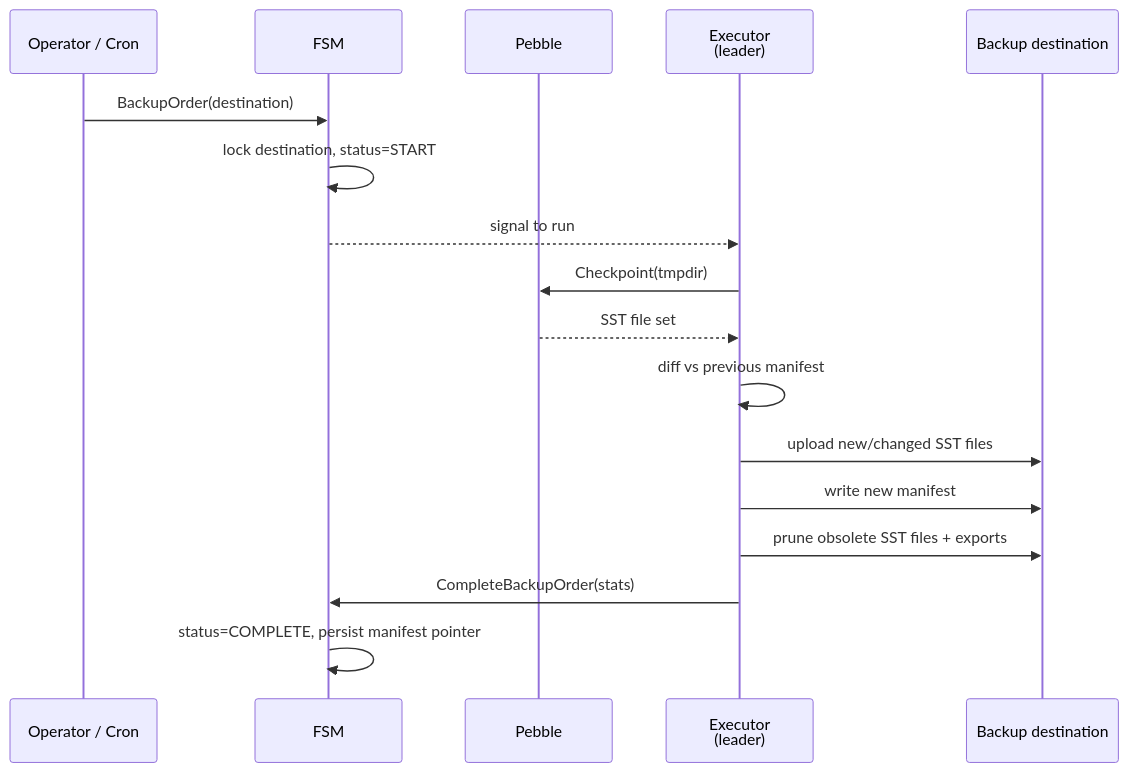
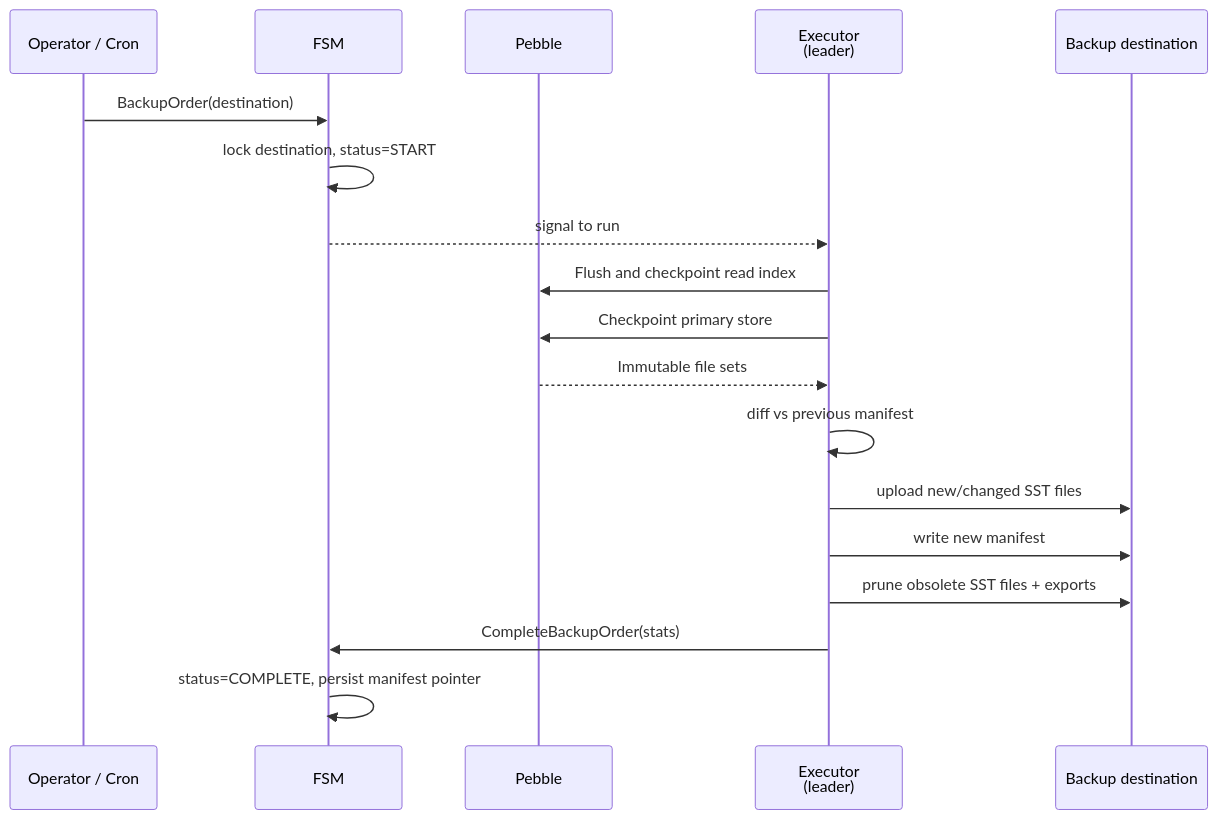
One commit to formancehq/ledger changed the diagram in docs/technical/architecture/subsystems/backup/README.md. Above: the diagram before and after it, drawn with Mermaid. The commit also changed other lines of this file and 48 other files, not shown here.

````diff
--- a/docs/technical/architecture/subsystems/backup/README.md
+++ b/docs/technical/architecture/subsystems/backup/README.md
@@ -51,20 +51,21 @@
 ```mermaid
 sequenceDiagram
     participant Op as Operator / Cron
     participant FSM
     participant Peb as Pebble
     participant Exec as Executor<br/>(leader)
     participant Dst as Backup destination
 
     Op->>FSM: BackupOrder(destination)
     FSM->>FSM: lock destination, status=START
     FSM-->>Exec: signal to run
-    Exec->>Peb: Checkpoint(tmpdir)
-    Peb-->>Exec: SST file set
+    Exec->>Peb: Flush and checkpoint read index
+    Exec->>Peb: Checkpoint primary store
+    Peb-->>Exec: Immutable file sets
     Exec->>Exec: diff vs previous manifest
     Exec->>Dst: upload new/changed SST files
     Exec->>Dst: write new manifest
     Exec->>Dst: prune obsolete SST files + exports
     Exec->>FSM: CompleteBackupOrder(stats)
     FSM->>FSM: status=COMPLETE, persist manifest pointer
 ```
````
